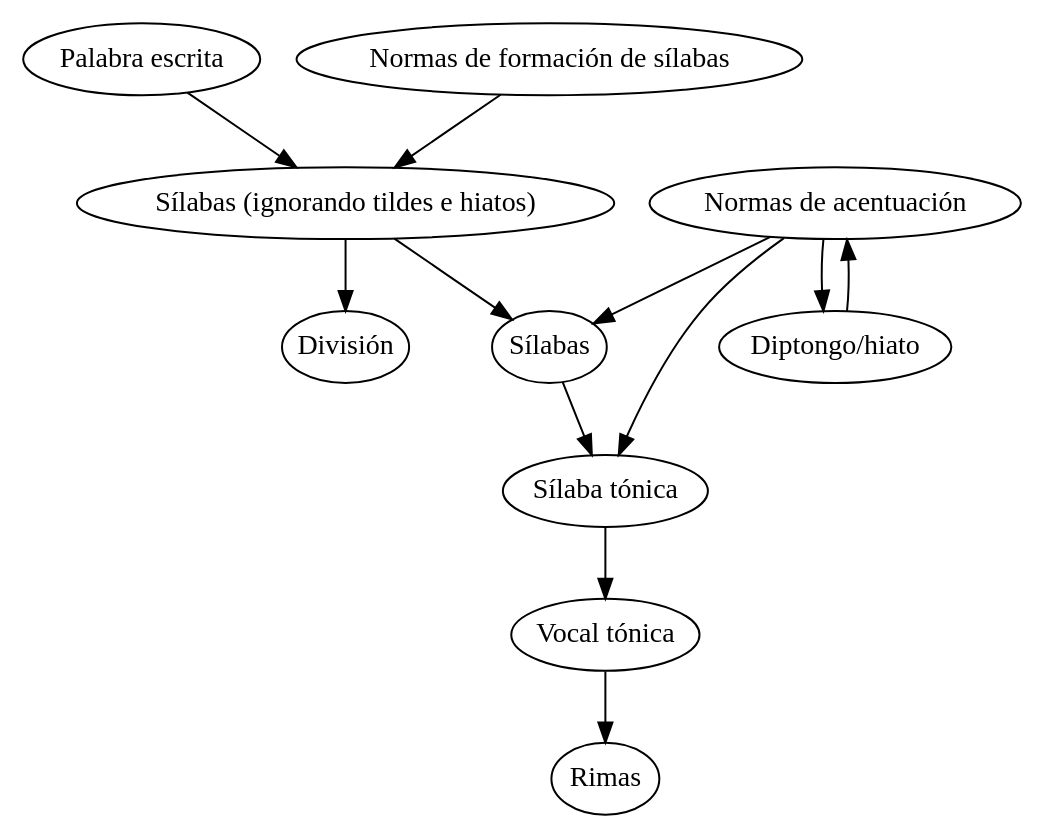
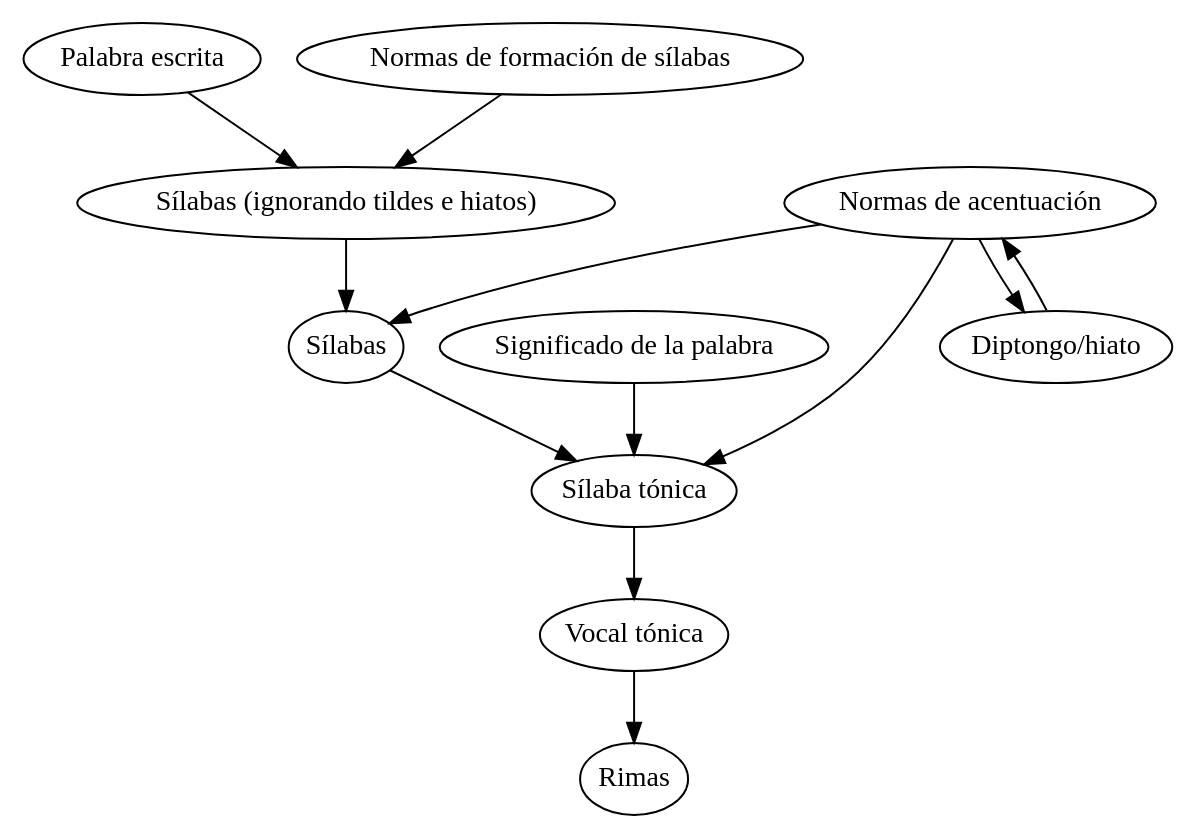
The diagram in readme.org (alvarogonzalezsotillo/rimas), drawn with Graphviz before and after one commit. The commit also changed other lines of this file and 6 other files, not shown here.

```diff
--- a/readme.org
+++ b/readme.org
@@ -24,20 +12,20 @@
-#+BEGIN_SRC dot :file ./dependencias-entre-problemas.svg :exports results :cmd dot :cmdline -Tsvg
+#+BEGIN_SRC dot :file ./dependencias-entre-problemas.svg :exports results :cmd dot :cmdline -Tsvg 
 digraph {
                 compound=true
                 label=""
                 node [shape="ellipse",margin=0]
 
                 "Palabra escrita" -> "Sílabas (ignorando tildes e hiatos)"
                 "Normas de formación de sílabas" -> "Sílabas (ignorando tildes e hiatos)"
-                "Sílabas (ignorando tildes e hiatos)" -> División
                 "Sílabas (ignorando tildes e hiatos)" -> "Sílabas"
                 "Sílabas" -> "Sílaba tónica"
+                "Significado de la palabra" -> "Sílaba tónica"
                 "Normas de acentuación" -> "Sílaba tónica"
                 "Normas de acentuación" -> "Sílabas"
                 "Normas de acentuación" -> "Diptongo/hiato"
                 "Diptongo/hiato" -> "Normas de acentuación" 
                 "Sílaba tónica" -> "Vocal tónica"
                 "Vocal tónica" -> Rimas
                 
 }
 #+end_src
```
